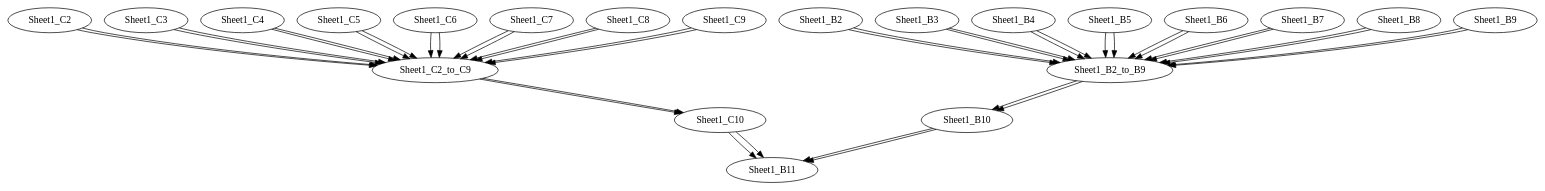
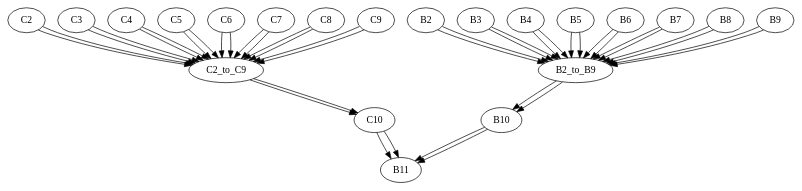
One commit to plasma-umass/DataDebug changed the diagram in PLDI-2012/ex1.gv. Above: the diagram before and after it, drawn with Graphviz. The commit also changed 2 other files, not shown here.

```diff
--- a/PLDI-2012/ex1.gv
+++ b/PLDI-2012/ex1.gv
@@ -1,83 +1,83 @@
 digraph g{
-Sheet1_B2[shape = ellipse]
-Sheet1_B2->Sheet1_B2_to_B9
+B2[shape = ellipse]
+B2->B2_to_B9
 
-Sheet1_C2[shape = ellipse]
-Sheet1_C2->Sheet1_C2_to_C9
+C2[shape = ellipse]
+C2->C2_to_C9
 
-Sheet1_B3[shape = ellipse]
-Sheet1_B3->Sheet1_B2_to_B9
+B3[shape = ellipse]
+B3->B2_to_B9
 
-Sheet1_C3[shape = ellipse]
-Sheet1_C3->Sheet1_C2_to_C9
+C3[shape = ellipse]
+C3->C2_to_C9
 
-Sheet1_B4[shape = ellipse]
-Sheet1_B4->Sheet1_B2_to_B9
+B4[shape = ellipse]
+B4->B2_to_B9
 
-Sheet1_C4[shape = ellipse]
-Sheet1_C4->Sheet1_C2_to_C9
+C4[shape = ellipse]
+C4->C2_to_C9
 
-Sheet1_B5[shape = ellipse]
-Sheet1_B5->Sheet1_B2_to_B9
+B5[shape = ellipse]
+B5->B2_to_B9
 
-Sheet1_C5[shape = ellipse]
-Sheet1_C5->Sheet1_C2_to_C9
+C5[shape = ellipse]
+C5->C2_to_C9
 
-Sheet1_B6[shape = ellipse]
-Sheet1_B6->Sheet1_B2_to_B9
+B6[shape = ellipse]
+B6->B2_to_B9
 
-Sheet1_C6[shape = ellipse]
-Sheet1_C6->Sheet1_C2_to_C9
+C6[shape = ellipse]
+C6->C2_to_C9
 
-Sheet1_B7[shape = ellipse]
-Sheet1_B7->Sheet1_B2_to_B9
+B7[shape = ellipse]
+B7->B2_to_B9
 
-Sheet1_C7[shape = ellipse]
-Sheet1_C7->Sheet1_C2_to_C9
+C7[shape = ellipse]
+C7->C2_to_C9
 
-Sheet1_B8[shape = ellipse]
-Sheet1_B8->Sheet1_B2_to_B9
+B8[shape = ellipse]
+B8->B2_to_B9
 
-Sheet1_C8[shape = ellipse]
-Sheet1_C8->Sheet1_C2_to_C9
+C8[shape = ellipse]
+C8->C2_to_C9
 
-Sheet1_B9[shape = ellipse]
-Sheet1_B9->Sheet1_B2_to_B9
+B9[shape = ellipse]
+B9->B2_to_B9
 
-Sheet1_C9[shape = ellipse]
-Sheet1_C9->Sheet1_C2_to_C9
+C9[shape = ellipse]
+C9->C2_to_C9
 
-Sheet1_B10[shape = ellipse]
-Sheet1_B2_to_B9->Sheet1_B10
-Sheet1_B10->Sheet1_B11
+B10[shape = ellipse]
+B2_to_B9->B10
+B10->B11
 
-Sheet1_C10[shape = ellipse]
-Sheet1_C2_to_C9->Sheet1_C10
-Sheet1_C10->Sheet1_B11
+C10[shape = ellipse]
+C2_to_C9->C10
+C10->B11
 
-Sheet1_B11[shape = ellipse]
-Sheet1_B10->Sheet1_B11
-Sheet1_C10->Sheet1_B11
+B11[shape = ellipse]
+B10->B11
+C10->B11
 
-Sheet1_C2_to_C9[shape = ellipse]
-Sheet1_C2->Sheet1_C2_to_C9
-Sheet1_C3->Sheet1_C2_to_C9
-Sheet1_C4->Sheet1_C2_to_C9
-Sheet1_C5->Sheet1_C2_to_C9
-Sheet1_C6->Sheet1_C2_to_C9
-Sheet1_C7->Sheet1_C2_to_C9
-Sheet1_C8->Sheet1_C2_to_C9
-Sheet1_C9->Sheet1_C2_to_C9
-Sheet1_C2_to_C9->Sheet1_C10
+C2_to_C9[shape = ellipse]
+C2->C2_to_C9
+C3->C2_to_C9
+C4->C2_to_C9
+C5->C2_to_C9
+C6->C2_to_C9
+C7->C2_to_C9
+C8->C2_to_C9
+C9->C2_to_C9
+C2_to_C9->C10
 
-Sheet1_B2_to_B9[shape = ellipse]
-Sheet1_B2->Sheet1_B2_to_B9
-Sheet1_B3->Sheet1_B2_to_B9
-Sheet1_B4->Sheet1_B2_to_B9
-Sheet1_B5->Sheet1_B2_to_B9
-Sheet1_B6->Sheet1_B2_to_B9
-Sheet1_B7->Sheet1_B2_to_B9
-Sheet1_B8->Sheet1_B2_to_B9
-Sheet1_B9->Sheet1_B2_to_B9
-Sheet1_B2_to_B9->Sheet1_B10
+B2_to_B9[shape = ellipse]
+B2->B2_to_B9
+B3->B2_to_B9
+B4->B2_to_B9
+B5->B2_to_B9
+B6->B2_to_B9
+B7->B2_to_B9
+B8->B2_to_B9
+B9->B2_to_B9
+B2_to_B9->B10
 }
```
